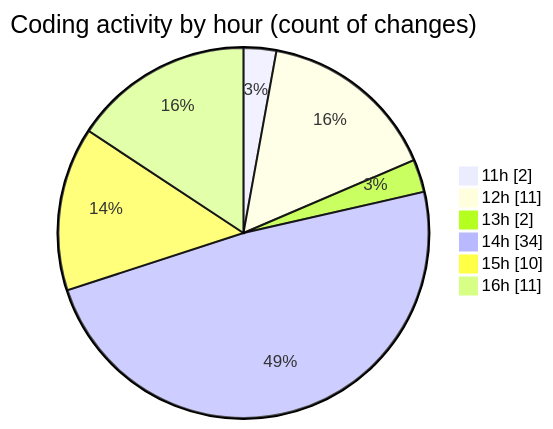
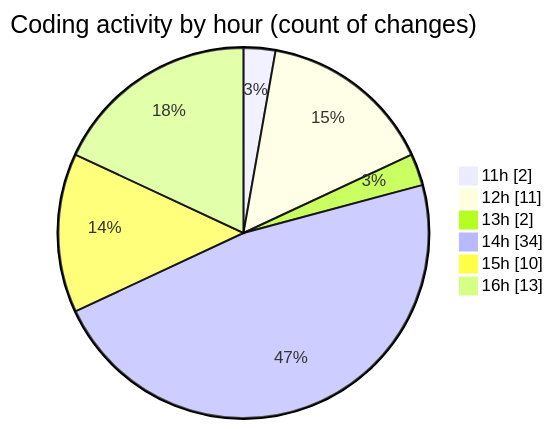
Before and after one commit to nxtqubesakshisongat/code-tracking: the second of 2 diagrams in 2025-09-10/cashcalc/README.md, drawn with Mermaid. The commit also changed other lines of this file and 1 other file, not shown here.

````diff
--- a/2025-09-10/cashcalc/README.md
+++ b/2025-09-10/cashcalc/README.md
@@ -47,10 +47,10 @@
 ```mermaid
 pie showData
 title Coding activity by hour (count of changes)
 "11h" : 2
 "12h" : 11
 "13h" : 2
 "14h" : 34
 "15h" : 10
-"16h" : 11
+"16h" : 13
 ```
````
